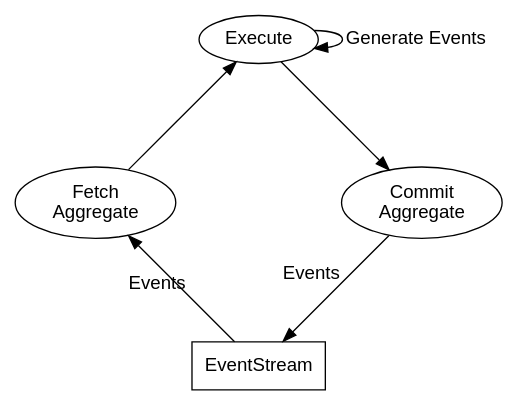
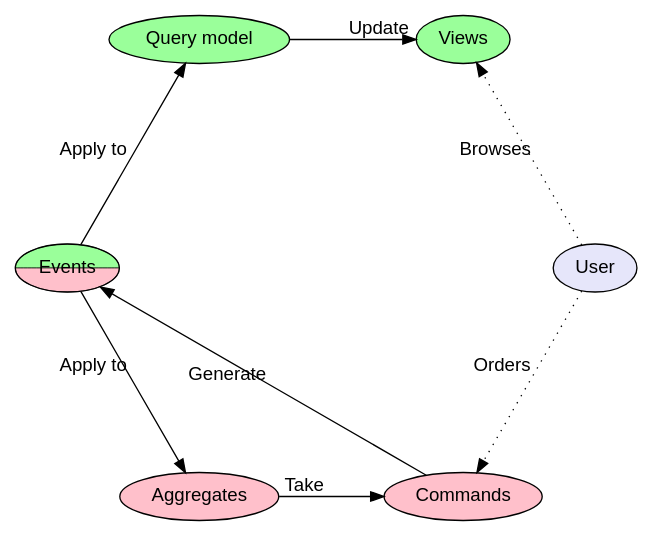
One commit to rill-event-sourcing/wheel changed the diagram in doc/commands.dot. Above: the diagram before and after it, drawn with Graphviz. The commit also changed 1 other file, not shown here.

```diff
--- a/doc/commands.dot
+++ b/doc/commands.dot
@@ -1,15 +1,19 @@
 digraph commands {
-        layout=circo
+        layout="circo";
         edge [labelfloat=true fontname="sans-serif"];
         node [fontname="sans-serif"];
-        
-        EventStream [shape=box]
-        FetchAggregate [label="Fetch\nAggregate"]
-        EventStream -> FetchAggregate [label="Events"]
-        FetchAggregate -> Execute
-        Execute -> Execute [label="Generate Events"]
-        Execute
-        Execute -> Commit
-        Commit [label="Commit\nAggregate"]
-        Commit -> EventStream [label="Events"]
+        Commands -> Events [label="Generate"]
+        Events -> Aggregates [label="Apply to"]
+        Events -> QueryModel [label="Apply to"]
+        QueryModel -> Views [label="Update"]
+        QueryModel [style=filled fillcolor=palegreen1 label="Query model"]
+        Views [style=filled fillcolor=palegreen1]
+        User [style=filled fillcolor=lavender]
+        User -> Views [label="Browses" style=dotted]
+        User -> Commands [label="Orders" style=dotted]
+        Aggregates -> Commands [label="Take"]
+
+        Commands [style=filled fillcolor=pink]
+        Aggregates [style=filled fillcolor=pink]
+        Events [style=wedged fillcolor="palegreen1:pink"]
 }
```
